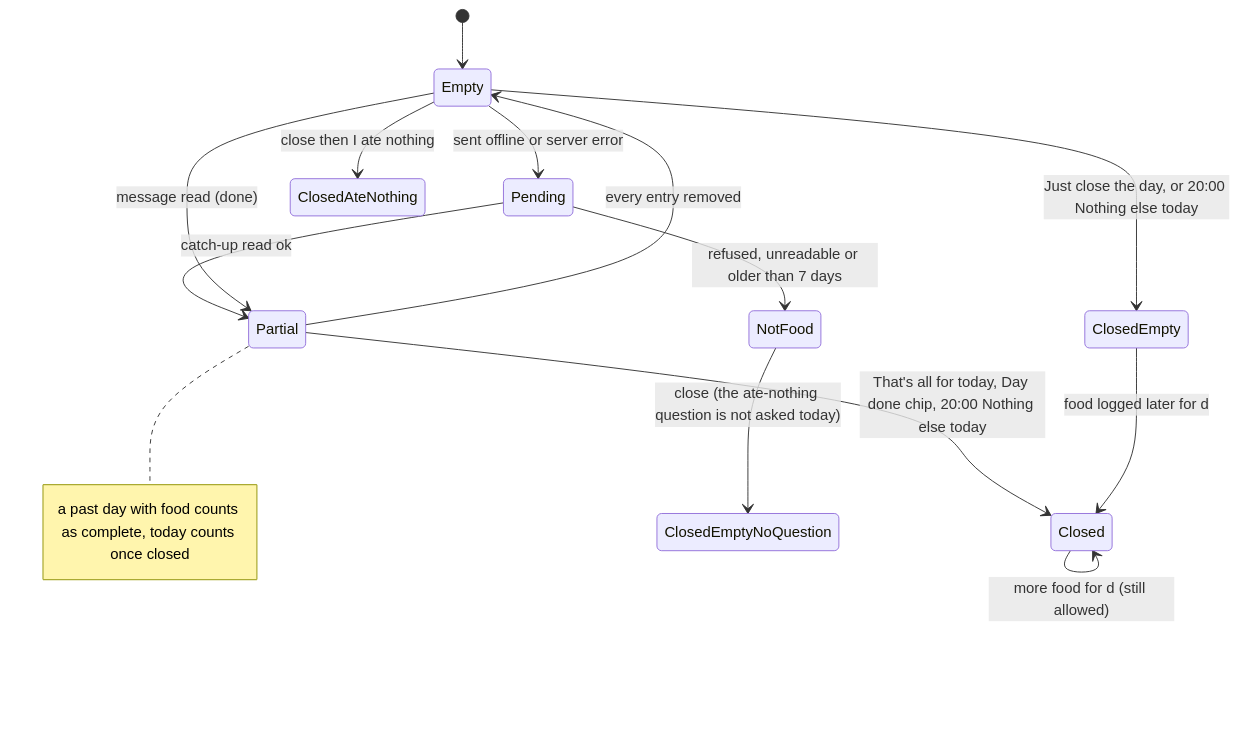
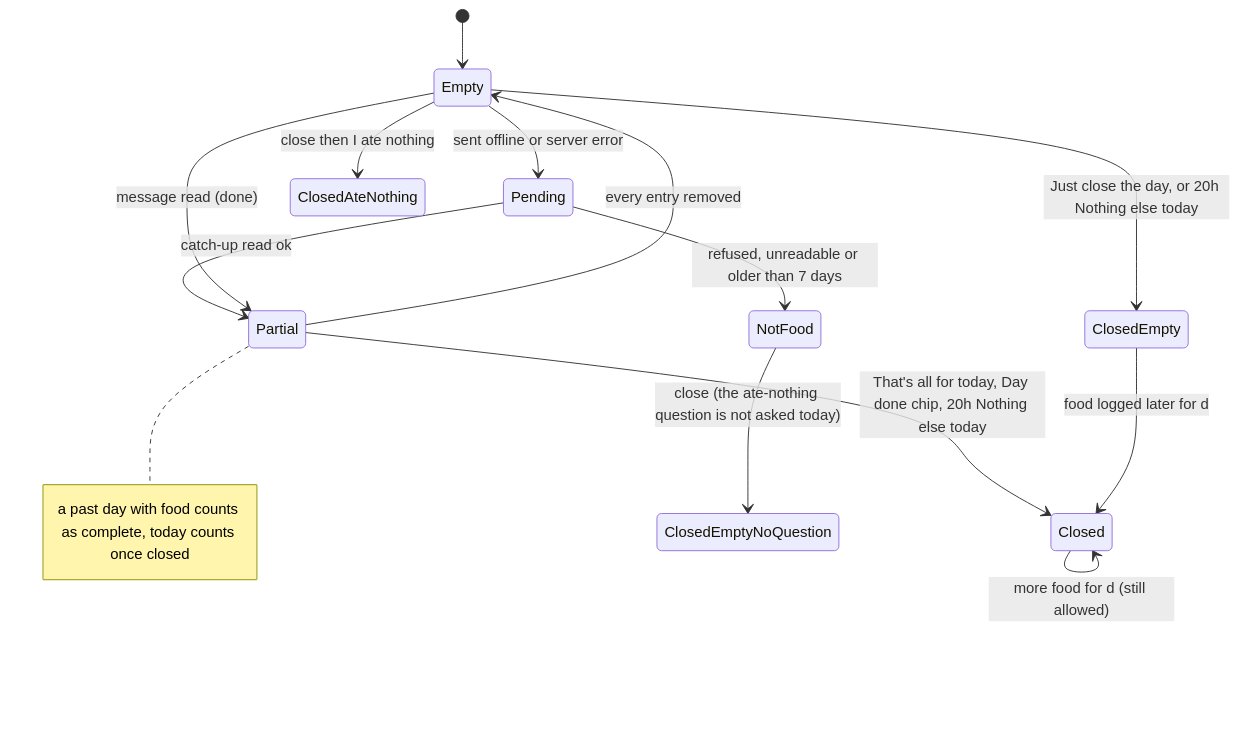
One commit to evandroviskis/dosetrace changed the second of 5 diagrams in docs/product/flows/07-food-log-day.md. Above: the diagram before and after it, drawn with Mermaid. The commit also changed other lines of this file and 28 other files, not shown here.

Commit message:
docs/product: verification round 1 corrections applied to PRD, TRD, dossiers, flows, registers and the Portuguese questions (21 OPEN, 54 AD, 65 DL, 218 DV); all 105 diagrams parse

````diff
--- a/docs/product/flows/07-food-log-day.md
+++ b/docs/product/flows/07-food-log-day.md
@@ -73,16 +73,16 @@
 ```mermaid
 stateDiagram-v2
     [*] --> Empty
     Empty --> Pending: sent offline or server error
     Pending --> Partial: catch-up read ok
     Pending --> NotFood: refused, unreadable or older than 7 days
     Empty --> Partial: message read (done)
-    Partial --> Closed: That's all for today, Day done chip, 20:00 Nothing else today
-    Empty --> ClosedEmpty: Just close the day, or 20:00 Nothing else today
+    Partial --> Closed: That's all for today, Day done chip, 20h Nothing else today
+    Empty --> ClosedEmpty: Just close the day, or 20h Nothing else today
     Empty --> ClosedAteNothing: close then I ate nothing
     NotFood --> ClosedEmptyNoQuestion: close (the ate-nothing question is not asked today)
     ClosedEmpty --> Closed: food logged later for d
     Closed --> Closed: more food for d (still allowed)
     Partial --> Empty: every entry removed
     note right of Partial: a past day with food counts as complete, today counts once closed
 ```
````
